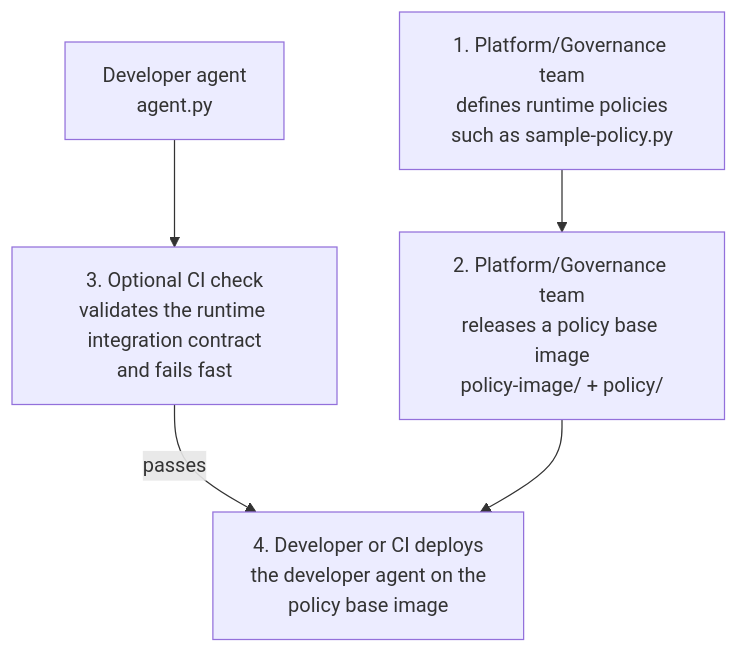
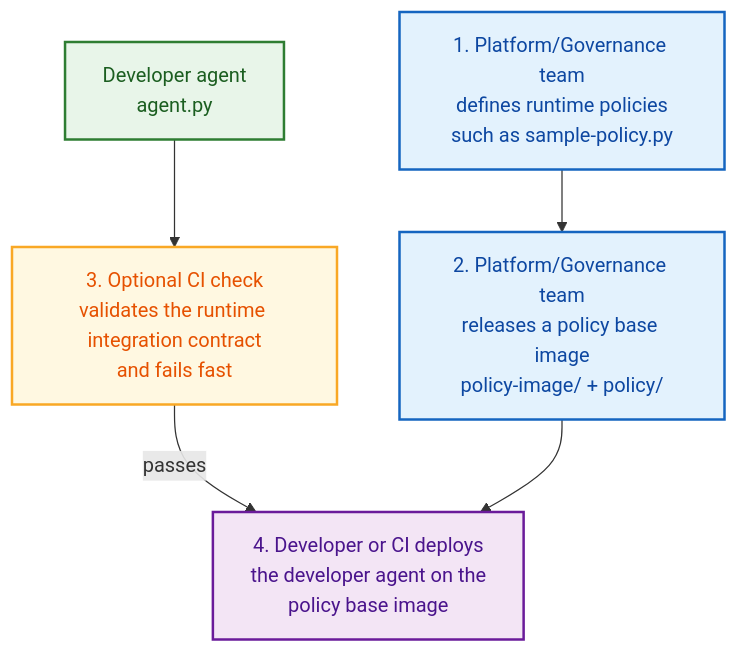
Before and after one commit to masoodfaisal/langchain-policies: the first of 2 diagrams in README.md, drawn with Mermaid. The commit also changed other lines of this file, not shown here.

````diff
--- a/README.md
+++ b/README.md
@@ -43,13 +43,23 @@
 ```mermaid
 flowchart TD
     define["1. Platform/Governance team<br/>defines runtime policies<br/>such as sample-policy.py"]
     release["2. Platform/Governance team<br/>releases a policy base image<br/>policy-image/ + policy/"]
     developer["Developer agent<br/>agent.py"]
     validate["3. Optional CI check<br/>validates the runtime integration contract<br/>and fails fast"]
     deploy["4. Developer or CI deploys<br/>the developer agent on the<br/>policy base image"]
 
     define --> release
     developer --> validate
     validate -->|"passes"| deploy
     release --> deploy
+
+    classDef governance fill:#e3f2fd,stroke:#1565c0,stroke-width:2px,color:#0d47a1
+    classDef dev fill:#e8f5e9,stroke:#2e7d32,stroke-width:2px,color:#1b5e20
+    classDef ci fill:#fff8e1,stroke:#f9a825,stroke-width:2px,color:#e65100
+    classDef deployNode fill:#f3e5f5,stroke:#6a1b9a,stroke-width:2px,color:#4a148c
+
+    class define,release governance
+    class developer dev
+    class validate ci
+    class deploy deployNode
 ```
````
